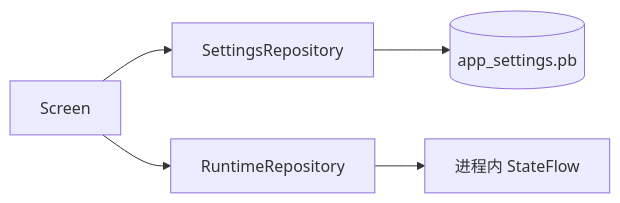
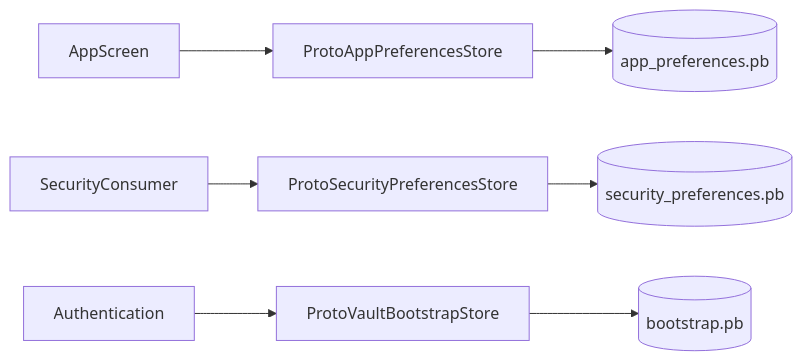
Before and after one commit to aozijx/Passly: the diagram in docs/data/settings-storage.md, drawn with Mermaid. The commit also changed other lines of this file and 47 other files, not shown here.

Commit message:
refactor(settings): split proto preference stores

````diff
--- a/docs/data/settings-storage.md
+++ b/docs/data/settings-storage.md
@@ -41,5 +70,6 @@
 ```mermaid
 flowchart LR
-    Screen --> SettingsRepository --> Proto[(app_settings.pb)]
-    Screen --> RuntimeRepository --> Memory["进程内 StateFlow"]
+    AppScreen --> AppRepository[ProtoAppPreferencesStore] --> AppProto[(app_preferences.pb)]
+    SecurityConsumer --> SecurityRepository[ProtoSecurityPreferencesStore] --> SecurityProto[(security_preferences.pb)]
+    Authentication --> BootstrapStore[ProtoVaultBootstrapStore] --> BootstrapProto[(bootstrap.pb)]
 ```
````
